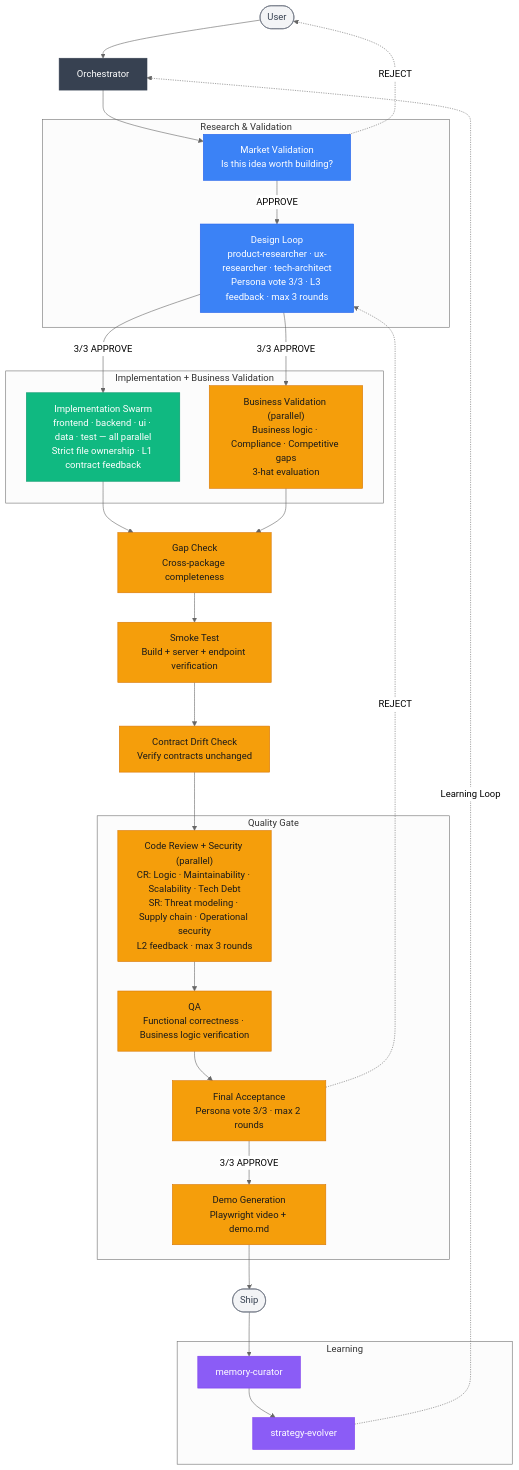
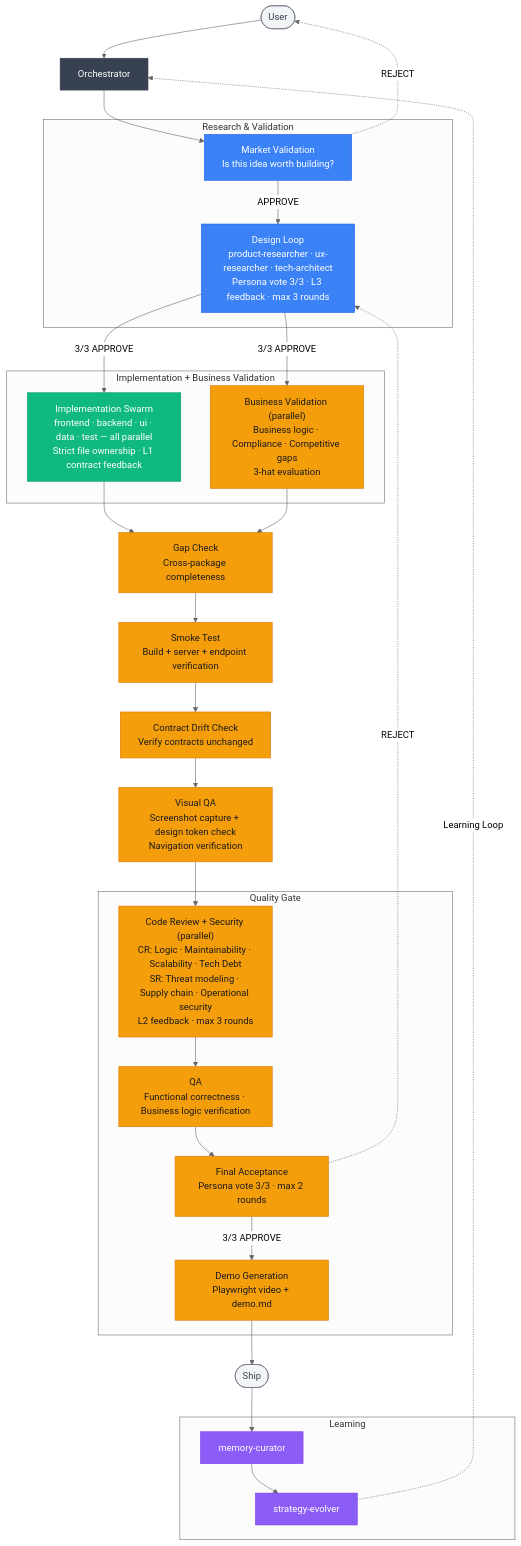
Before and after one commit to zee-sandev/solo-dev: the diagram in wiki/Feature-Lifecycle.md, drawn with Mermaid (neutral theme). The commit also changed other lines of this file and 24 other files, not shown here.

````diff
--- a/wiki/Feature-Lifecycle.md
+++ b/wiki/Feature-Lifecycle.md
@@ -7,52 +7,53 @@
 ```mermaid
 flowchart TD
     classDef orch fill:#374151,color:#fff,stroke:#374151
     classDef research fill:#3b82f6,color:#fff,stroke:#2563eb
     classDef impl fill:#10b981,color:#fff,stroke:#059669
     classDef quality fill:#f59e0b,color:#1a1a1a,stroke:#d97706
     classDef memory fill:#8b5cf6,color:#fff,stroke:#7c3aed
     classDef terminal fill:#f3f4f6,stroke:#6b7280,color:#374151
 
     U([User]):::terminal --> O[Orchestrator]:::orch
 
     subgraph RESEARCH["  Research & Validation  "]
         P0["Market Validation<br/>Is this idea worth building?"]:::research
         P12["Design Loop<br/>product-researcher · ux-researcher · tech-architect<br/>Persona vote 3/3 · L3 feedback · max 3 rounds"]:::research
     end
 
     subgraph IMPL["  Implementation + Business Validation  "]
         P2["Implementation Swarm<br/>frontend · backend · ui · data · test — all parallel<br/>Strict file ownership · L1 contract feedback"]:::impl
         BV["Business Validation (parallel)<br/>Business logic · Compliance · Competitive gaps<br/>3-hat evaluation"]:::quality
     end
 
     subgraph QUALITY["  Quality Gate  "]
         P3["Code Review + Security (parallel)<br/>CR: Logic · Maintainability · Scalability · Tech Debt<br/>SR: Threat modeling · Supply chain · Operational security<br/>L2 feedback · max 3 rounds"]:::quality
         P45["QA<br/>Functional correctness · Business logic verification"]:::quality
         P7["Final Acceptance<br/>Persona vote 3/3 · max 2 rounds"]:::quality
         P8["Demo Generation<br/>Playwright video + demo.md"]:::quality
     end
 
     subgraph LEARNING["  Learning  "]
         MC[memory-curator]:::memory
         SE[strategy-evolver]:::memory
     end
 
     O --> P0
     P0 -->|APPROVE| P12
     P0 -.->|REJECT| U
     P12 -->|3/3 APPROVE| P2
     P12 -->|3/3 APPROVE| BV
     P2 --> GC["Gap Check<br/>Cross-package completeness"]:::quality
     BV --> GC
     GC --> ST["Smoke Test<br/>Build + server + endpoint verification"]:::quality
     ST --> DCH["Contract Drift Check<br/>Verify contracts unchanged"]:::quality
-    DCH --> P3
+    DCH --> VQA["Visual QA<br/>Screenshot capture + design token check<br/>Navigation verification"]:::quality
+    VQA --> P3
     P3 --> P45
     P45 --> P7
     P7 -->|3/3 APPROVE| P8
     P7 -.->|REJECT| P12
     P8 --> SHIP([Ship]):::terminal
     SHIP --> MC
     MC --> SE
     SE -.->|Learning Loop| O
 ```
````
